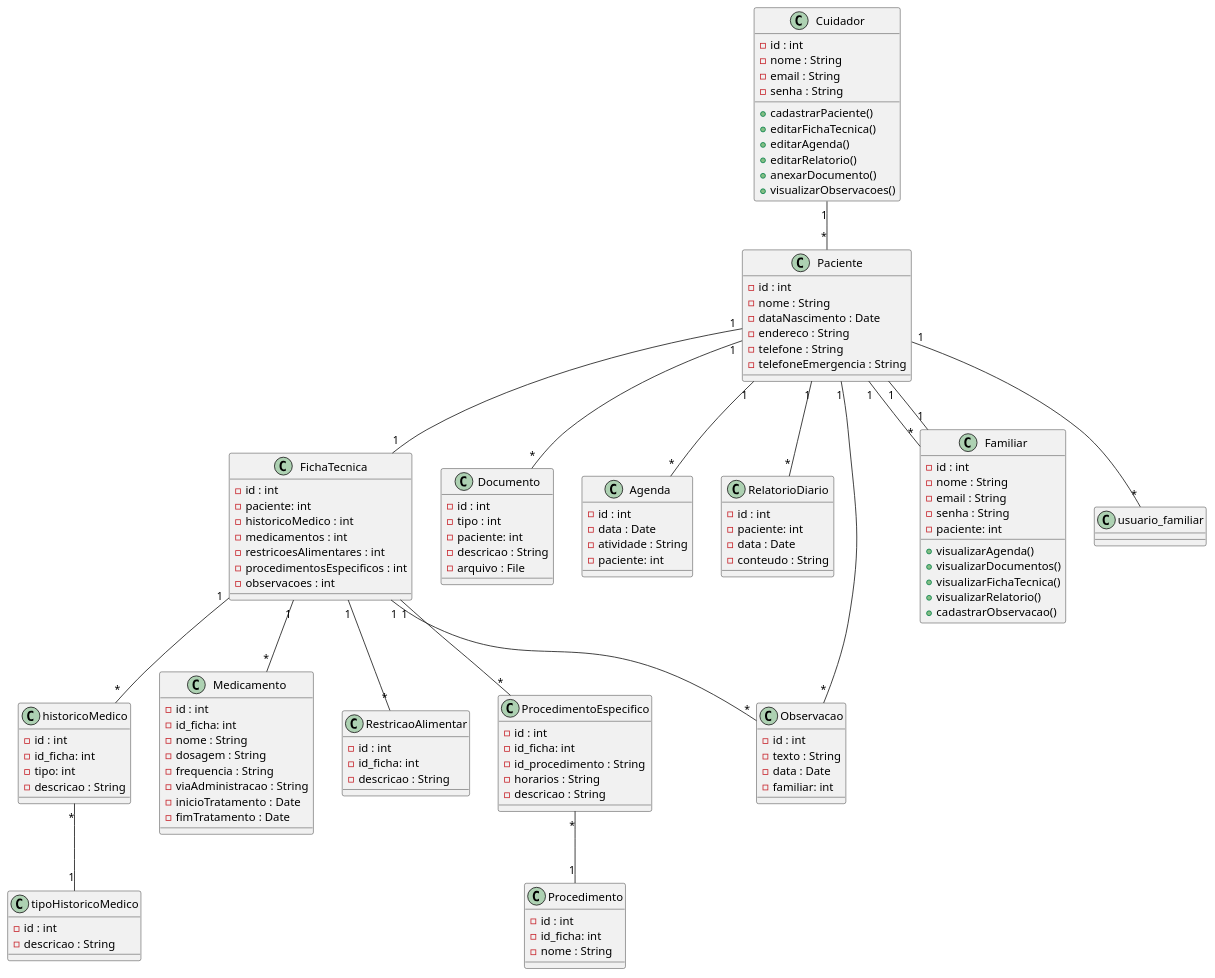
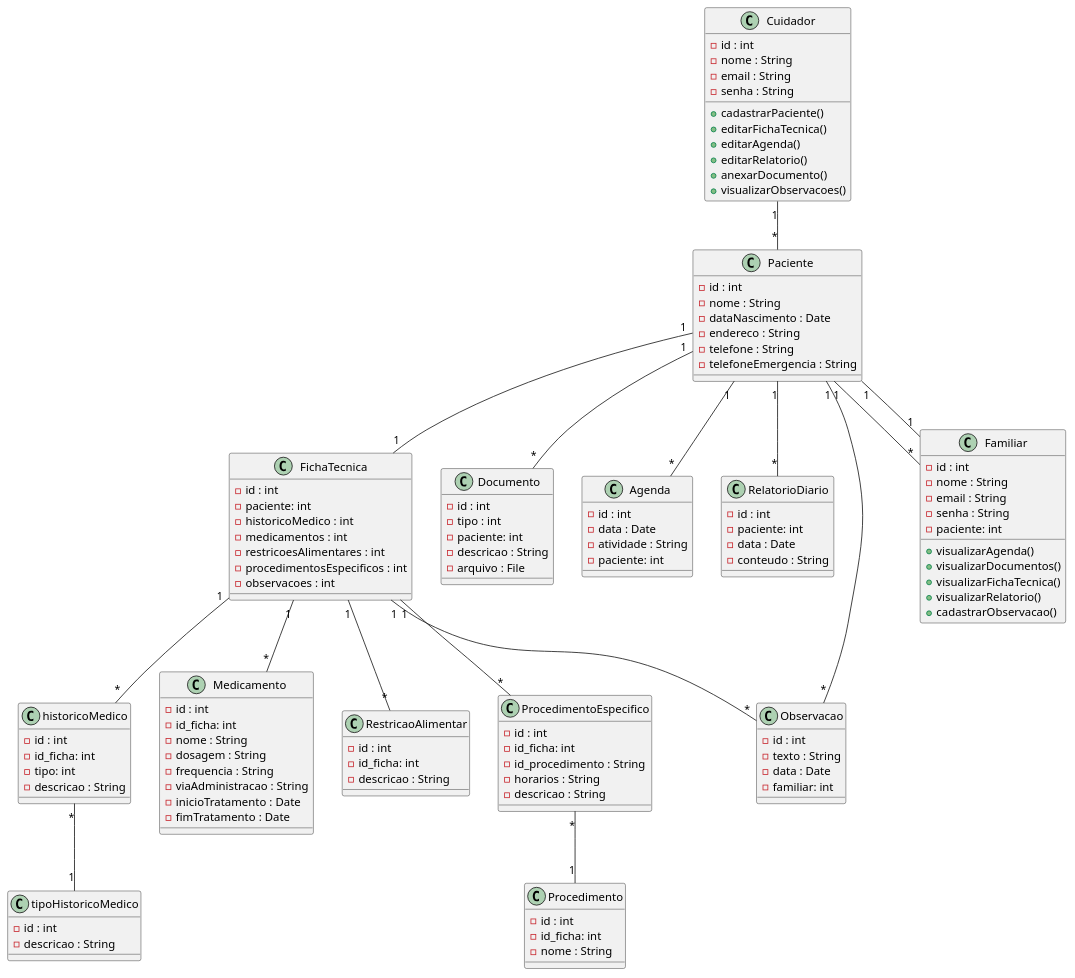
One commit to thomGM/lab-desenvolvimento-software-Thomaz changed the diagram in ProjetoOO/diagramaDeClasses.puml. Above: the diagram before and after it, drawn with PlantUML.

```diff
--- a/ProjetoOO/diagramaDeClasses.puml
+++ b/ProjetoOO/diagramaDeClasses.puml
@@ -1,147 +1,146 @@
 @startuml
 class Paciente {
   -id : int
   -nome : String
   -dataNascimento : Date
   -endereco : String
   -telefone : String
   -telefoneEmergencia : String
 }
 
 class FichaTecnica {
   -id : int
   -paciente: int
   -historicoMedico : int
   -medicamentos : int
   -restricoesAlimentares : int
   -procedimentosEspecificos : int
   -observacoes : int
 }
 
   ' Mobilidade: Verificar a capacidade de locomoção. 
   ' Atividades de Vida Diária (AVDs): Avaliar a autonomia para atividades como banho, alimentação, vestir-se e uso do banheiro. 
   ' Atividades Instrumentais de Vida Diária (AIVDs): Avaliar a capacidade de gerir o lar, como fazer compras, usar o telefone, gerenciar finanças. 
   ' Presença de Cuidador: Se sim, especificar a jornada e as funções do cuidador. 
 
 class tipoHistoricoMedico {
   -id : int
   -descricao : String
 }
 
   ' Doenças atuais e pregressas, Cirurgias, Alergias, Histórico familiar
 
 class historicoMedico {
   -id : int
   -id_ficha: int
   -tipo: int
   -descricao : String
 }
 
 class Medicamento {
   -id : int
   -id_ficha: int
   -nome : String
   -dosagem : String
   -frequencia : String
   -viaAdministracao : String
   -inicioTratamento : Date
   -fimTratamento : Date
 }
 
 class RestricaoAlimentar {
   -id : int
   -id_ficha: int
   -descricao : String
 }
 
 class ProcedimentoEspecifico {
   -id : int
   -id_ficha: int
   -id_procedimento : String
   -horarios : String
   -descricao : String
 }
 
 class Procedimento {
   -id : int
   -id_ficha: int
   -nome : String
 }
 
 class Documento {
   -id : int
   -tipo : int
   -paciente: int
   -descricao : String
   -arquivo : File
 }
 
 class Agenda {
   -id : int
   -data : Date
   -atividade : String
   -paciente: int
 }
 
 class RelatorioDiario {
   -id : int
   -paciente: int
   -data : Date
   -conteudo : String
 }
 
 class Observacao {
   -id : int
   -texto : String
   -data : Date
   -familiar: int
 }
 
 class Cuidador {
   -id : int
   -nome : String
   -email : String
   -senha : String
   +cadastrarPaciente()
   +editarFichaTecnica()
   +editarAgenda()
   +editarRelatorio()
   +anexarDocumento()
   +visualizarObservacoes()
 }
 
 class Familiar {
   -id : int
   -nome : String
   -email : String
   -senha : String
   -paciente: int
   +visualizarAgenda()
   +visualizarDocumentos()
   +visualizarFichaTecnica()
   +visualizarRelatorio()
   +cadastrarObservacao()
 }
 
 ' -----------------------------
 ' RELACIONAMENTOS
 ' -----------------------------
 Paciente "1" -- "1" FichaTecnica
 Paciente "1" -- "*" Documento
 Paciente "1" -- "*" Agenda
 Paciente "1" -- "*" RelatorioDiario
 Paciente "1" -- "*" Observacao
-Paciente "1" -- "*" usuario_familiar
 Paciente "1" -- "*" Familiar
 
 FichaTecnica "1" -- "*" historicoMedico
 historicoMedico "*" -- "1" tipoHistoricoMedico
 FichaTecnica "1" -- "*" Medicamento
 FichaTecnica "1" -- "*" RestricaoAlimentar
 FichaTecnica "1" -- "*" ProcedimentoEspecifico
 ProcedimentoEspecifico "*" -- "1" Procedimento
 FichaTecnica "1" -- "*" Observacao
 
 Cuidador "1" -- "*" Paciente
 Familiar "1" -- "1" Paciente
 @enduml
```
